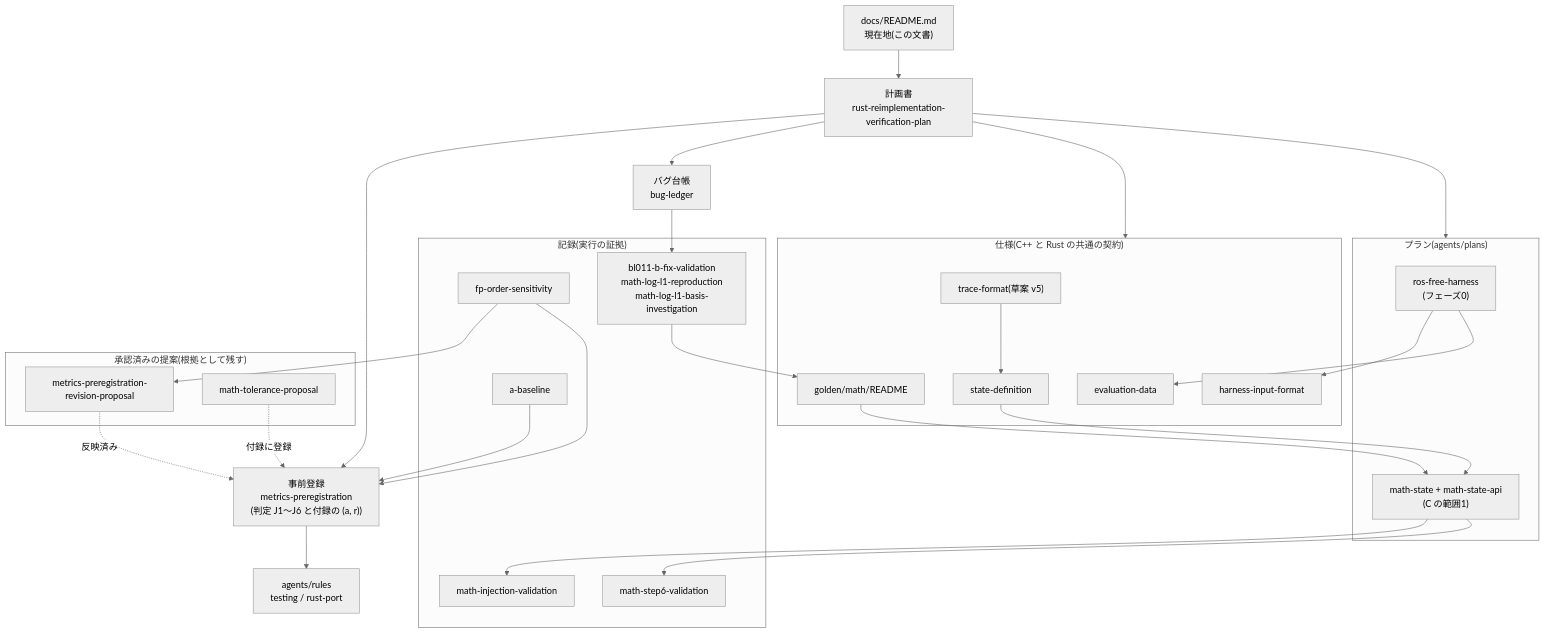
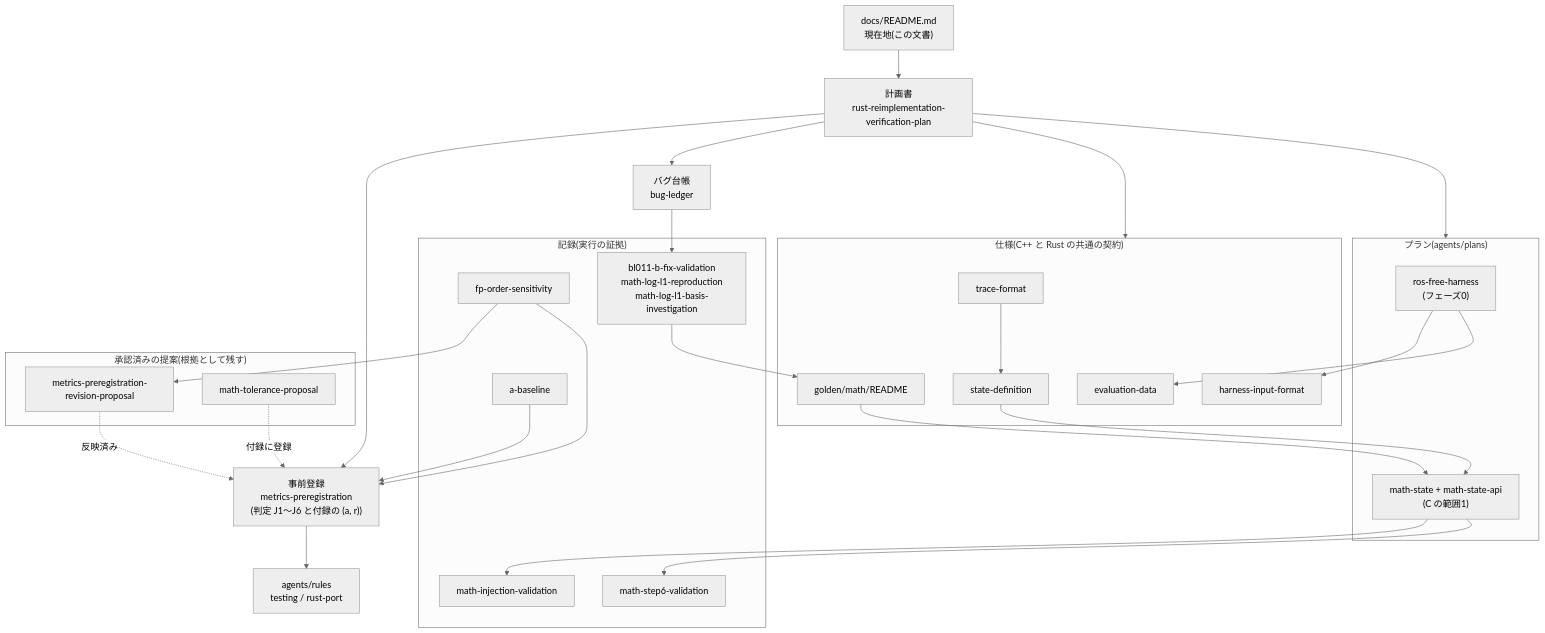
Before and after one commit to nphsgw/Point-LIO: the diagram in docs/README.md, drawn with Mermaid (neutral theme). The commit also changed other lines of this file and 1 other file, not shown here.

````diff
--- a/docs/README.md
+++ b/docs/README.md
@@ -130,55 +107,55 @@
 ```mermaid
 flowchart TD
   hub["docs/README.md<br>現在地(この文書)"]
   plan["計画書<br>rust-reimplementation-verification-plan"]
   prereg["事前登録<br>metrics-preregistration<br>(判定 J1〜J6 と付録の (a, r))"]
   ledger["バグ台帳<br>bug-ledger"]
   rules["agents/rules<br>testing / rust-port"]
 
   subgraph spec["仕様(C++ と Rust の共通の契約)"]
     data["evaluation-data"]
     plin["harness-input-format"]
     state["state-definition"]
-    trace["trace-format(草案 v5)"]
+    trace["trace-format"]
     gold["golden/math/README"]
   end
 
   subgraph plans["プラン(agents/plans)"]
     harness["ros-free-harness<br>(フェーズ0)"]
     math["math-state + math-state-api<br>(C の範囲1)"]
   end
 
   subgraph rec["記録(実行の証拠)"]
     base["a-baseline"]
     fp["fp-order-sensitivity"]
     inj["math-injection-validation"]
     step6["math-step6-validation"]
     bl11["bl011-b-fix-validation<br>math-log-l1-reproduction<br>math-log-l1-basis-investigation"]
   end
 
   subgraph hist["承認済みの提案(根拠として残す)"]
     rev["metrics-preregistration-revision-proposal"]
     tol["math-tolerance-proposal"]
   end
 
   hub --> plan
   plan --> prereg
   plan --> ledger
   plan --> spec
   plan --> plans
   prereg --> rules
   rev -. 反映済み .-> prereg
   tol -. 付録に登録 .-> prereg
   fp --> rev
   fp --> prereg
   harness --> plin
   harness --> data
   state --> math
   gold --> math
   math --> inj
   math --> step6
   ledger --> bl11
   bl11 --> gold
   trace --> state
   base --> prereg
 ```
````
